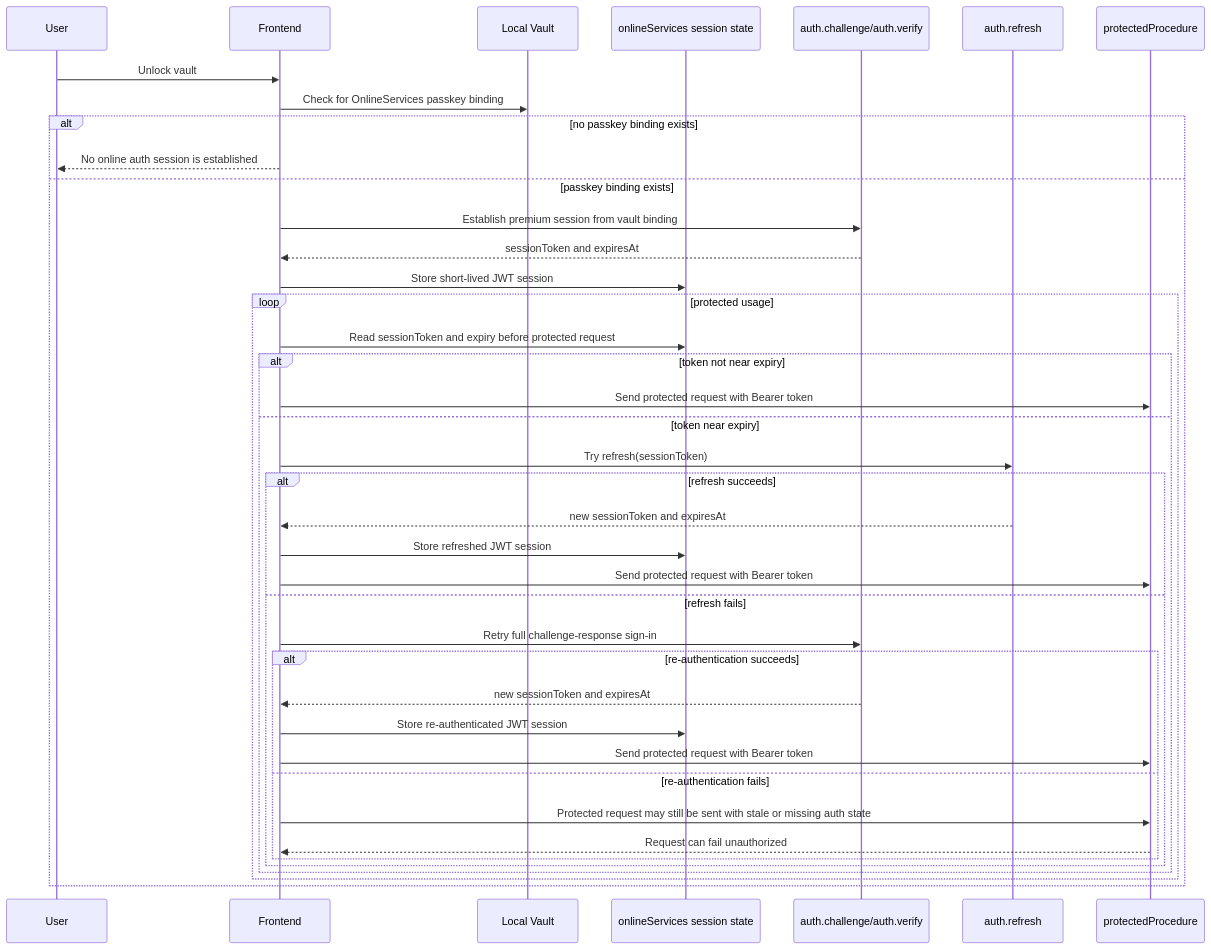
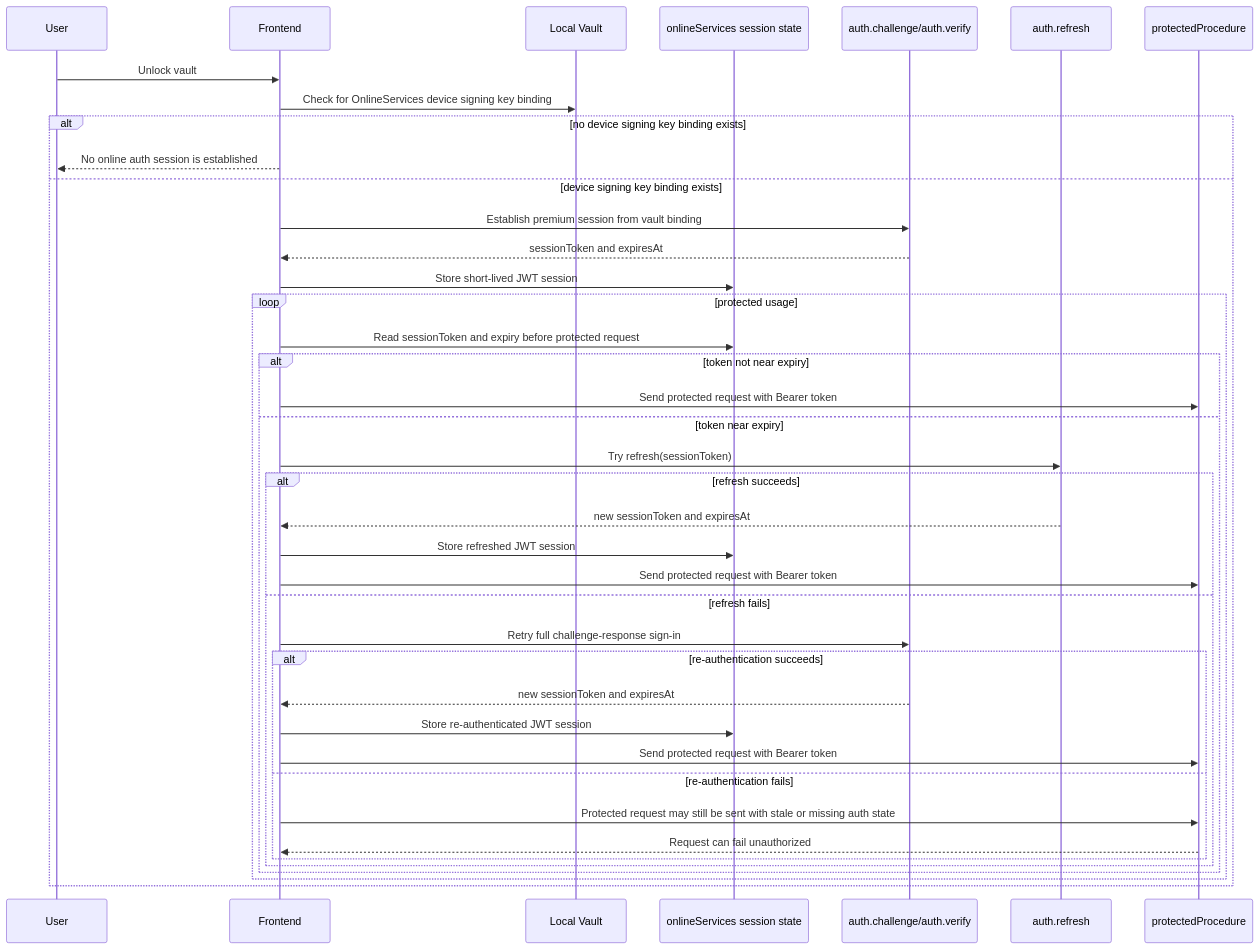
One commit to CryptexIndustries/vault-web changed the first of 9 diagrams in web/docs/authentication.md. Above: the diagram before and after it, drawn with Mermaid. The commit also changed other lines of this file and 26 other files, not shown here.

Commit message:
refactor: replace passkey terminology with device signing key across documentation and codebase

````diff
--- a/web/docs/authentication.md
+++ b/web/docs/authentication.md
@@ -135,44 +135,44 @@
 ```mermaid
 sequenceDiagram
     participant user as User
     participant frontend as Frontend
     participant local_vault as Local Vault
     participant session_state as onlineServices session state
     participant auth_bootstrap as auth.challenge/auth.verify
     participant auth_refresh as auth.refresh
     participant protected_server as protectedProcedure
 
     user->>frontend: Unlock vault
-    frontend->>local_vault: Check for OnlineServices passkey binding
-    alt no passkey binding exists
+    frontend->>local_vault: Check for OnlineServices device signing key binding
+    alt no device signing key binding exists
         frontend-->>user: No online auth session is established
-    else passkey binding exists
+    else device signing key binding exists
         frontend->>auth_bootstrap: Establish premium session from vault binding
         auth_bootstrap-->>frontend: sessionToken and expiresAt
         frontend->>session_state: Store short-lived JWT session
 
         loop protected usage
             frontend->>session_state: Read sessionToken and expiry before protected request
             alt token not near expiry
                 frontend->>protected_server: Send protected request with Bearer token
             else token near expiry
                 frontend->>auth_refresh: Try refresh(sessionToken)
                 alt refresh succeeds
                     auth_refresh-->>frontend: new sessionToken and expiresAt
                     frontend->>session_state: Store refreshed JWT session
                     frontend->>protected_server: Send protected request with Bearer token
                 else refresh fails
                     frontend->>auth_bootstrap: Retry full challenge-response sign-in
                     alt re-authentication succeeds
                         auth_bootstrap-->>frontend: new sessionToken and expiresAt
                         frontend->>session_state: Store re-authenticated JWT session
                         frontend->>protected_server: Send protected request with Bearer token
                     else re-authentication fails
                         frontend->>protected_server: Protected request may still be sent with stale or missing auth state
                         protected_server-->>frontend: Request can fail unauthorized
                     end
                 end
             end
         end
     end
 ```
````
